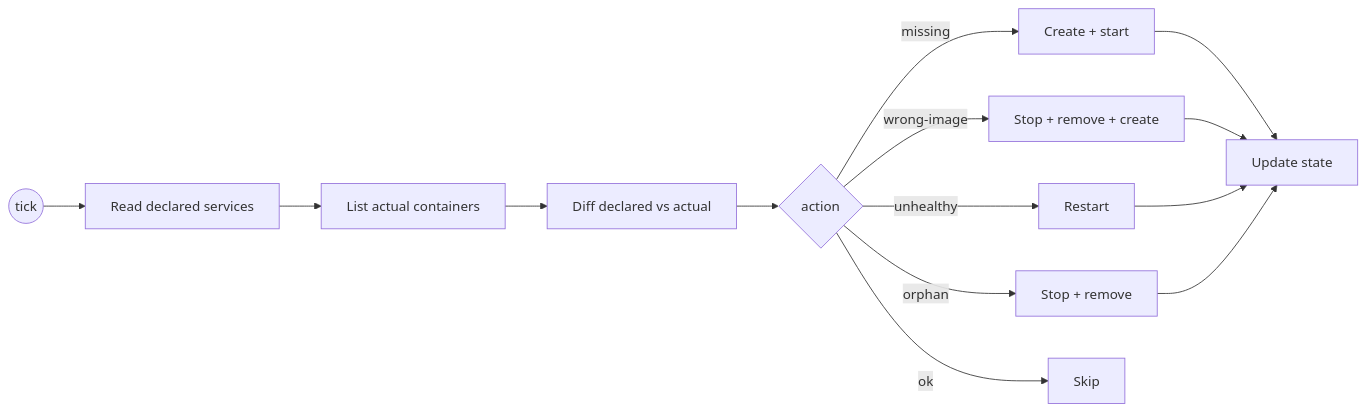
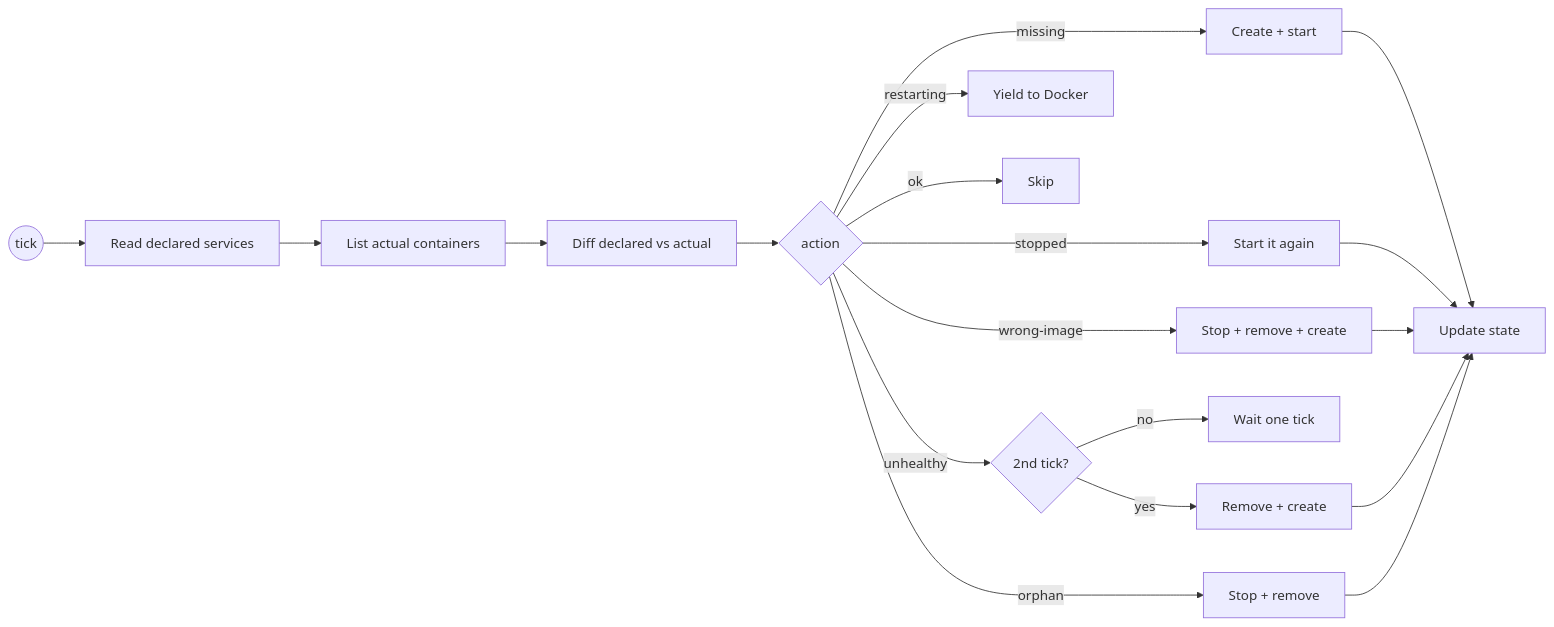
Before and after one commit to omnitron-dev/website: the second of 3 diagrams in docs/omnitron/infrastructure.md, drawn with Mermaid. The commit also changed other lines of this file, not shown here.

````diff
--- a/docs/omnitron/infrastructure.md
+++ b/docs/omnitron/infrastructure.md
@@ -439,16 +439,21 @@
 ```mermaid
 flowchart LR
   T((tick)) --> Read[Read declared services]
   Read --> List[List actual containers]
   List --> Diff[Diff declared vs actual]
   Diff --> Decide{action}
   Decide -- missing --> Create[Create + start]
+  Decide -- stopped --> Start[Start it again]
   Decide -- wrong-image --> Recreate[Stop + remove + create]
-  Decide -- unhealthy --> Restart[Restart]
+  Decide -- unhealthy --> Confirm{2nd tick?}
+  Confirm -- no --> Wait[Wait one tick]
+  Confirm -- yes --> Rebuild[Remove + create]
+  Decide -- restarting --> Yield[Yield to Docker]
   Decide -- orphan --> Remove[Stop + remove]
   Decide -- ok --> NoOp[Skip]
   Create --> Update[Update state]
+  Start --> Update
   Recreate --> Update
-  Restart --> Update
+  Rebuild --> Update
   Remove --> Update
 ```
````
